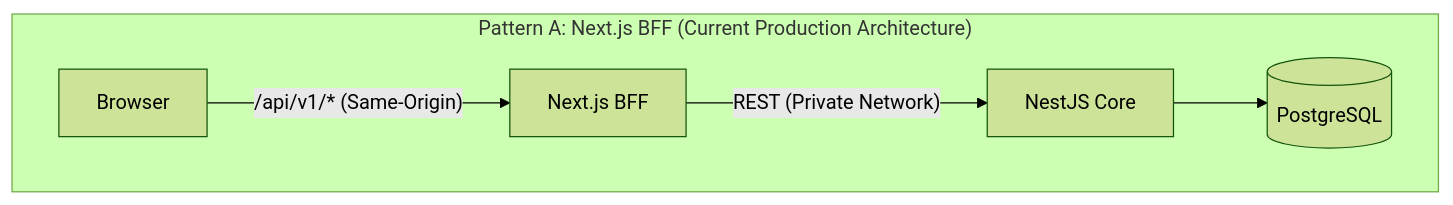
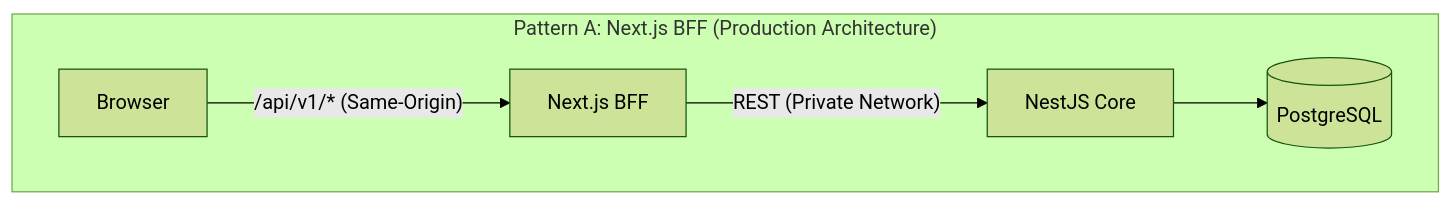
One commit to ZxAYED/suntech-pos-frontendw changed the third of 6 diagrams in README.md. Above: the diagram before and after it, drawn with Mermaid (forest theme). The commit also changed other lines of this file and 147 other files, not shown here.

````diff
--- a/README.md
+++ b/README.md
@@ -106,9 +180,9 @@
 ```mermaid
 flowchart LR
-  subgraph PatternA["Pattern A: Next.js BFF (Current Production Architecture)"]
+  subgraph PatternA["Pattern A: Next.js BFF (Production Architecture)"]
     direction LR
     B1["Browser"] -->|"/api/v1/* (Same-Origin)"| N1["Next.js BFF"]
     N1 -->|"REST (Private Network)"| API1["NestJS Core"]
     API1 --> DB1[("PostgreSQL")]
   end
 ```
````
